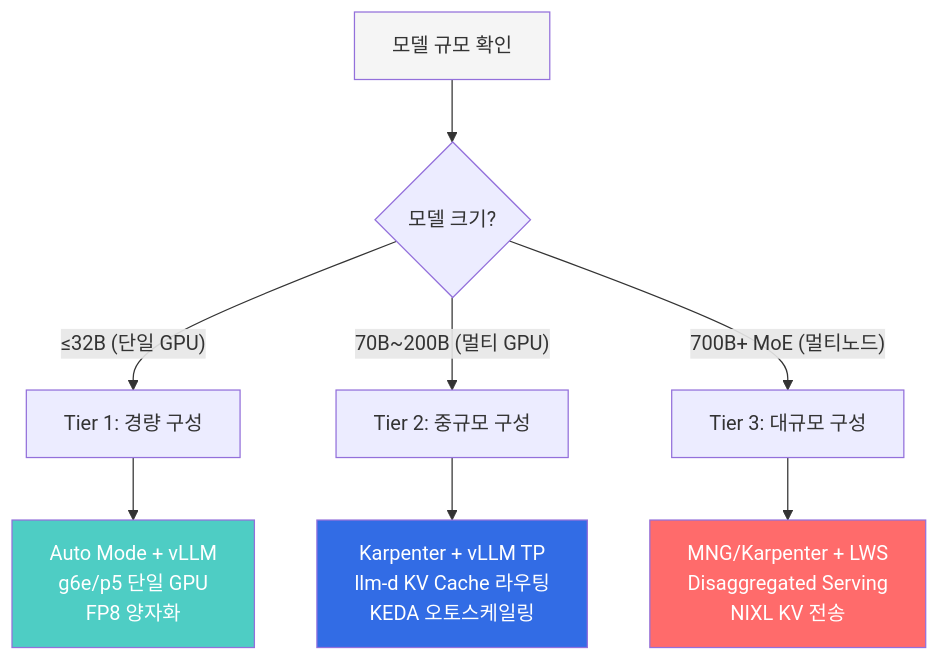
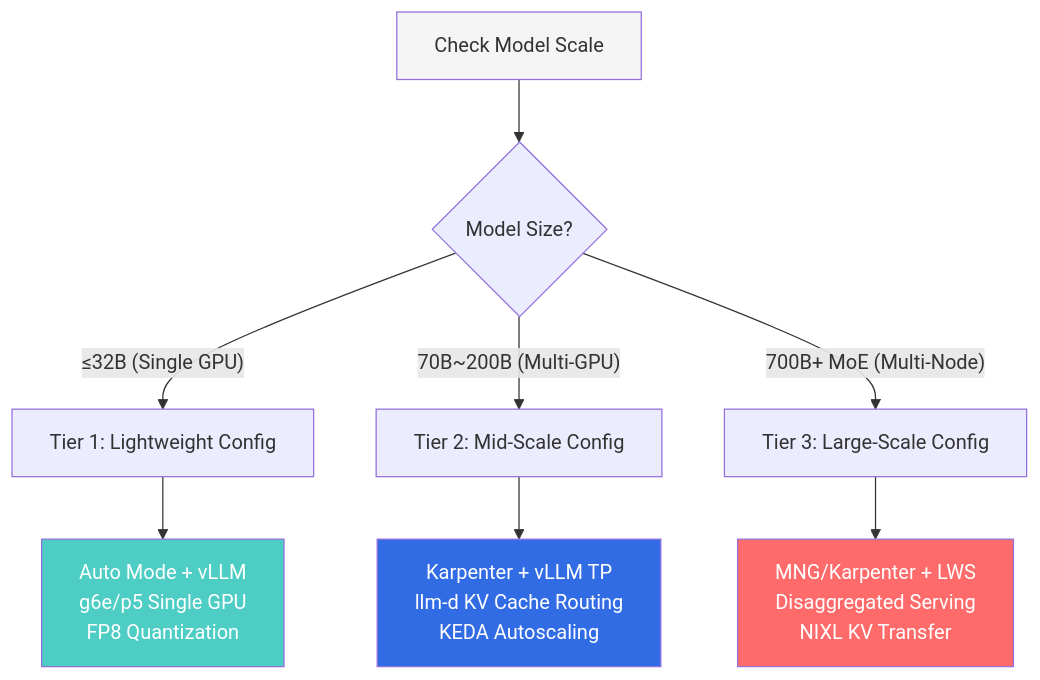
Before and after one commit to devfloor9/engineering-playbook: the first of 2 diagrams in i18n/en/docusaurus-plugin-content-docs/current/agentic-ai-platform/model-serving/inference-optimization/index.md, drawn with Mermaid. The commit also changed other lines of this file and 72 other files, not shown here.

````diff
--- a/i18n/en/docusaurus-plugin-content-docs/current/agentic-ai-platform/model-serving/inference-optimization/index.md
+++ b/i18n/en/docusaurus-plugin-content-docs/current/agentic-ai-platform/model-serving/inference-optimization/index.md
@@ -132,17 +132,17 @@
 ```mermaid
 flowchart TD
-    START[모델 규모 확인] --> SIZE{모델 크기?}
+    START[Check Model Scale] --> SIZE{Model Size?}
 
-    SIZE -->|"≤32B (단일 GPU)"| SMALL["Tier 1: 경량 구성"]
-    SIZE -->|"70B~200B (멀티 GPU)"| MEDIUM["Tier 2: 중규모 구성"]
-    SIZE -->|"700B+ MoE (멀티노드)"| LARGE["Tier 3: 대규모 구성"]
+    SIZE -->|"≤32B (Single GPU)"| SMALL["Tier 1: Lightweight Config"]
+    SIZE -->|"70B~200B (Multi-GPU)"| MEDIUM["Tier 2: Mid-Scale Config"]
+    SIZE -->|"700B+ MoE (Multi-Node)"| LARGE["Tier 3: Large-Scale Config"]
 
-    SMALL --> S_DETAIL["Auto Mode + vLLM<br/>g6e/p5 단일 GPU<br/>FP8 양자화"]
-    MEDIUM --> M_DETAIL["Karpenter + vLLM TP<br/>llm-d KV Cache 라우팅<br/>KEDA 오토스케일링"]
-    LARGE --> L_DETAIL["MNG/Karpenter + LWS<br/>Disaggregated Serving<br/>NIXL KV 전송"]
+    SMALL --> S_DETAIL["Auto Mode + vLLM<br/>g6e/p5 Single GPU<br/>FP8 Quantization"]
+    MEDIUM --> M_DETAIL["Karpenter + vLLM TP<br/>llm-d KV Cache Routing<br/>KEDA Autoscaling"]
+    LARGE --> L_DETAIL["MNG/Karpenter + LWS<br/>Disaggregated Serving<br/>NIXL KV Transfer"]
 
     style START fill:#f5f5f5
     style S_DETAIL fill:#4ecdc4,color:#fff
     style M_DETAIL fill:#326ce5,color:#fff
     style L_DETAIL fill:#ff6b6b,color:#fff
 ```
````
